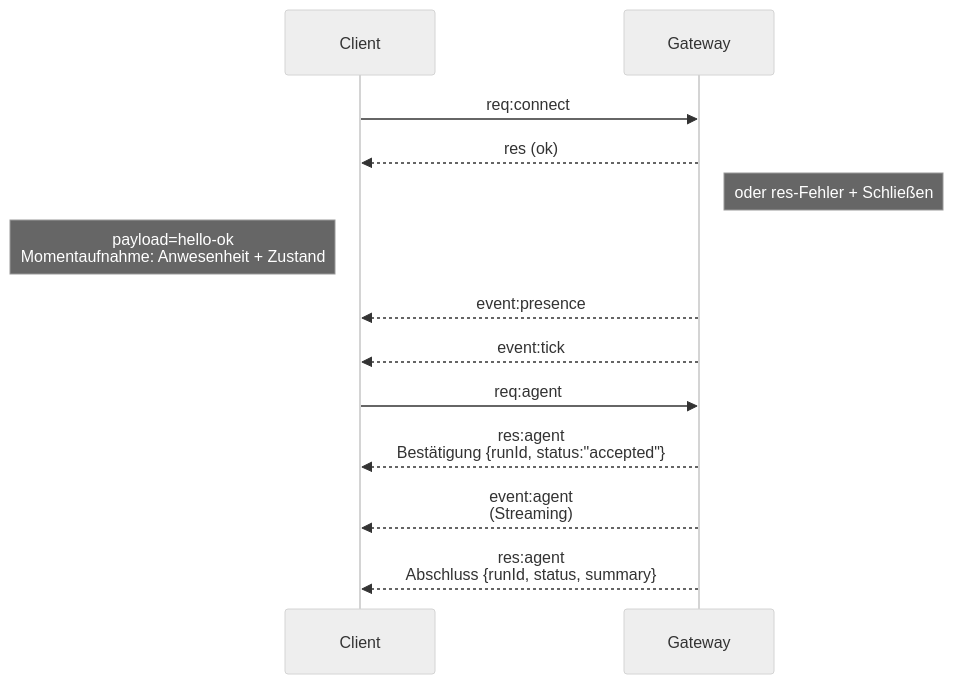
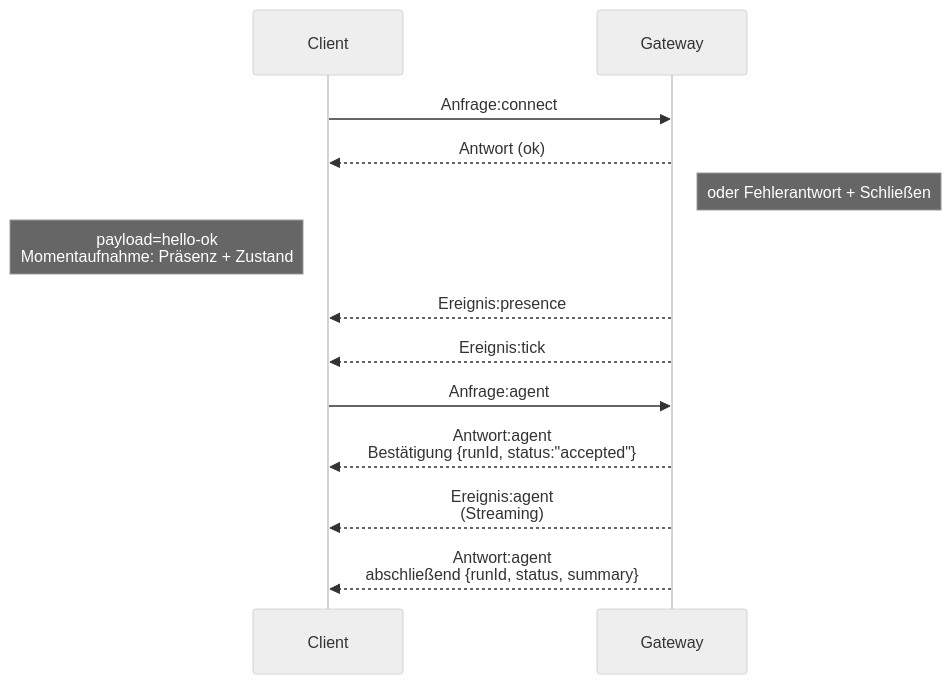
Before and after one commit to openclaw/docs: the diagram in docs/de/concepts/architecture.md, drawn with Mermaid (neutral theme). The commit also changed other lines of this file and 759 other files, not shown here.

````diff
--- a/docs/de/concepts/architecture.md
+++ b/docs/de/concepts/architecture.md
@@ -64,18 +65,18 @@
 ```mermaid
 sequenceDiagram
     participant Client
     participant Gateway
 
-    Client->>Gateway: req:connect
-    Gateway-->>Client: res (ok)
-    Note right of Gateway: oder res-Fehler + Schließen
-    Note left of Client: payload=hello-ok<br>Momentaufnahme: Anwesenheit + Zustand
+    Client->>Gateway: Anfrage:connect
+    Gateway-->>Client: Antwort (ok)
+    Note right of Gateway: oder Fehlerantwort + Schließen
+    Note left of Client: payload=hello-ok<br>Momentaufnahme: Präsenz + Zustand
 
-    Gateway-->>Client: event:presence
-    Gateway-->>Client: event:tick
+    Gateway-->>Client: Ereignis:presence
+    Gateway-->>Client: Ereignis:tick
 
-    Client->>Gateway: req:agent
-    Gateway-->>Client: res:agent<br>Bestätigung {runId, status:"accepted"}
-    Gateway-->>Client: event:agent<br>(Streaming)
-    Gateway-->>Client: res:agent<br>Abschluss {runId, status, summary}
+    Client->>Gateway: Anfrage:agent
+    Gateway-->>Client: Antwort:agent<br>Bestätigung {runId, status:"accepted"}
+    Gateway-->>Client: Ereignis:agent<br>(Streaming)
+    Gateway-->>Client: Antwort:agent<br>abschließend {runId, status, summary}
 ```
````
